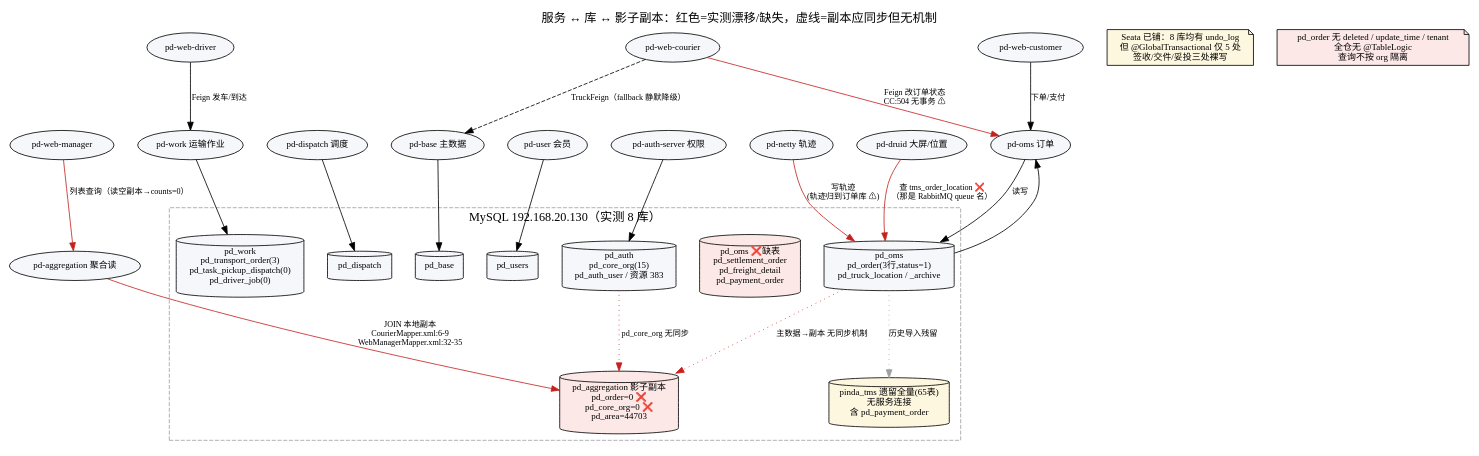
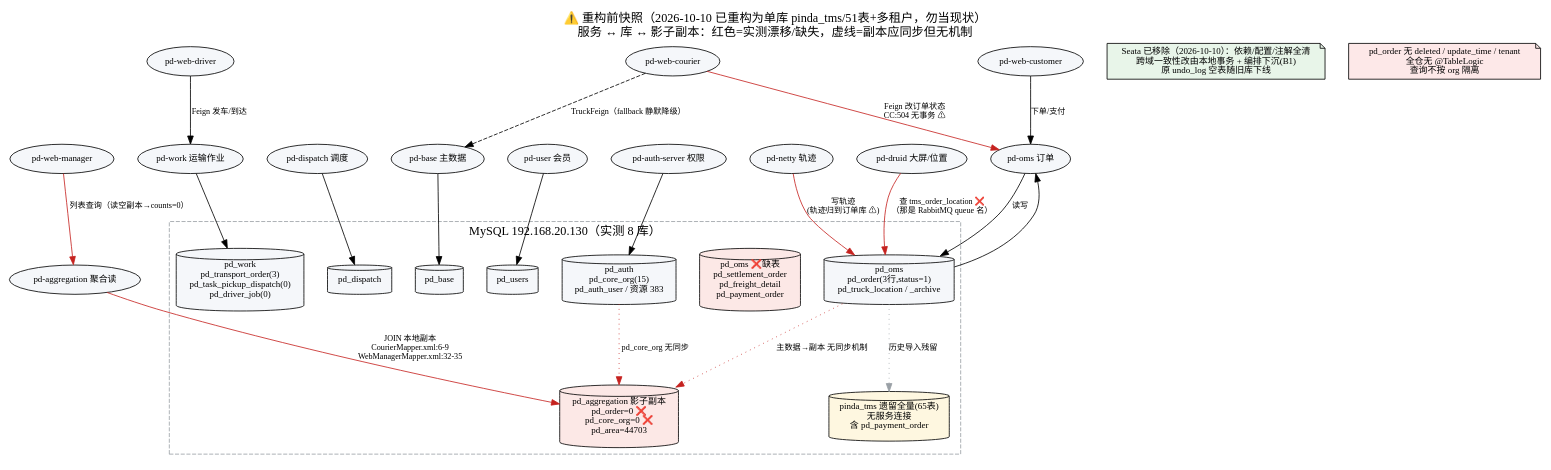
The diagram in docs/architecture/data-ownership.dot (itxinfei/pinda-tms), drawn with Graphviz before and after one commit. The commit also changed 20 other files, not shown here.

First line of the commit message:
docs: 同步单库多租户重构后的架构图口径

```diff
--- a/docs/architecture/data-ownership.dot
+++ b/docs/architecture/data-ownership.dot
@@ -1,50 +1,51 @@
-// 数据归属与服务边界 current-state（证据：Nacos datasource 实测 + information_schema 实测 + mapper/Feign 代码）
+// 🔴 2026-10-10 已过时：本图为重构前快照。数据库已由"8 库"重构为【单一物理库 pinda_tms（51 表）+ tenant_id 多租户】，表按 sys_/dict_/base_/oms_/disp_/work_/member_/iot_ 八域前缀归属（写严格归属、读可适度跨域）。现行口径见 docs/02、《需求文档/45》。图内 pd_oms/pd_auth 等旧库名仅作历史问题留痕。
+// 数据归属与服务边界 current-state（重构前快照；证据：Nacos datasource 实测 + information_schema 实测 + mapper/Feign 代码）
 digraph data_ownership {
   rankdir=TB; nodesep=0.4; ranksep=0.8;
   graph [fontname="Microsoft YaHei", fontsize=15, labelloc=t,
-         label="服务 ↔ 库 ↔ 影子副本：红色=实测漂移/缺失，虚线=副本应同步但无机制"];
+         label="⚠️ 重构前快照（2026-10-10 已重构为单库 pinda_tms/51表+多租户，勿当现状）\n服务 ↔ 库 ↔ 影子副本：红色=实测漂移/缺失，虚线=副本应同步但无机制"];
   node [fontname="Microsoft YaHei", fontsize=11, style="rounded,filled", fillcolor="#f5f7fa"];
   edge [fontname="Microsoft YaHei", fontsize=10];
 
   // 服务
   oms [label="pd-oms 订单"]; work [label="pd-work 运输作业"]; disp [label="pd-dispatch 调度"];
   base [label="pd-base 主数据"]; user [label="pd-user 会员"]; auth [label="pd-auth-server 权限"];
   agg [label="pd-aggregation 聚合读"]; netty [label="pd-netty 轨迹"]; druid [label="pd-druid 大屏/位置"];
   webm [label="pd-web-manager"]; webc [label="pd-web-courier"]; webd [label="pd-web-driver"]; webu [label="pd-web-customer"];
 
   // 库（红色对象为实测问题）
   subgraph cluster_dbs { label="MySQL 192.168.20.130（实测 8 库）"; style=dashed; color="#9aa0a6";
     dpdoms [label="pd_oms\npd_order(3行,status=1)\npd_truck_location / _archive", shape=cylinder];
     dpmom [label="pd_oms ❌缺表\npd_settlement_order\npd_freight_detail\npd_payment_order", shape=cylinder, fillcolor="#fce8e6"];
     dpwork [label="pd_work\npd_transport_order(3)\npd_task_pickup_dispatch(0)\npd_driver_job(0)", shape=cylinder];
     dpdisp [label="pd_dispatch", shape=cylinder];
     dpbase [label="pd_base", shape=cylinder];
     dpuser [label="pd_users", shape=cylinder];
     dpauth [label="pd_auth\npd_core_org(15)\npd_auth_user / 资源 383", shape=cylinder];
     dpagg [label="pd_aggregation 影子副本\npd_order=0 ❌\npd_core_org=0 ❌\npd_area=44703", shape=cylinder, fillcolor="#fce8e6"];
     dpleg [label="pinda_tms 遗留全量(65表)\n无服务连接\n含 pd_payment_order", shape=cylinder, fillcolor="#fef7e0"];
   }
 
   oms -> dpdoms [label="读写"];
   work -> dpwork; disp -> dpdisp; base -> dpbase; user -> dpuser; auth -> dpauth;
   netty -> dpdoms [label="写轨迹\n(轨迹归到订单库 ⚠)", color="#c5221f"];
   druid -> dpdoms [label="查 tms_order_location ❌\n（那是 RabbitMQ queue 名）", color="#c5221f"];
   agg -> dpagg [label="JOIN 本地副本\nCourierMapper.xml:6-9\nWebManagerMapper.xml:32-35", color="#c5221f"];
   oms -> dpdoms [dir=back, label=""];
 
   // 副本应有的同步（无实现）
   dpdoms -> dpagg [style=dotted, label="主数据→副本 无同步机制", color="#c5221f"];
   dpauth -> dpagg [style=dotted, label="pd_core_org 无同步", color="#c5221f"];
   dpdoms -> dpleg [style=dotted, label="历史导入残留", color="#9aa0a6"];
 
   // Feign 写路径
   webc -> oms [label="Feign 改订单状态\nCC:504 无事务 ⚠", color="#c5221f"];
   webd -> work [label="Feign 发车/到达"];
   webm -> agg [label="列表查询（读空副本→counts=0）", color="#c5221f"];
   webu -> oms [label="下单/支付"];
   webc -> base [label="TruckFeign（fallback 静默降级）", style=dashed];
 
   // 事务边界
-  note1 [label="Seata 已铺：8 库均有 undo_log\n但 @GlobalTransactional 仅 5 处\n签收/交件/妥投三处裸写", shape=note, fillcolor="#fef7e0"];
+  note1 [label="Seata 已移除（2026-10-10）：依赖/配置/注解全清\n跨域一致性改由本地事务 + 编排下沉(B1)\n原 undo_log 空表随旧库下线", shape=note, fillcolor="#e8f5e9"];
   note2 [label="pd_order 无 deleted / update_time / tenant\n全仓无 @TableLogic\n查询不按 org 隔离", shape=note, fillcolor="#fde8e8"];
 }
```
